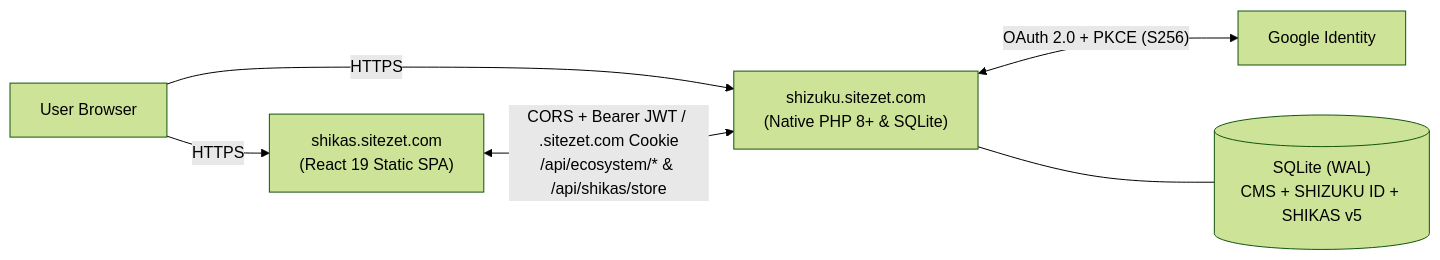
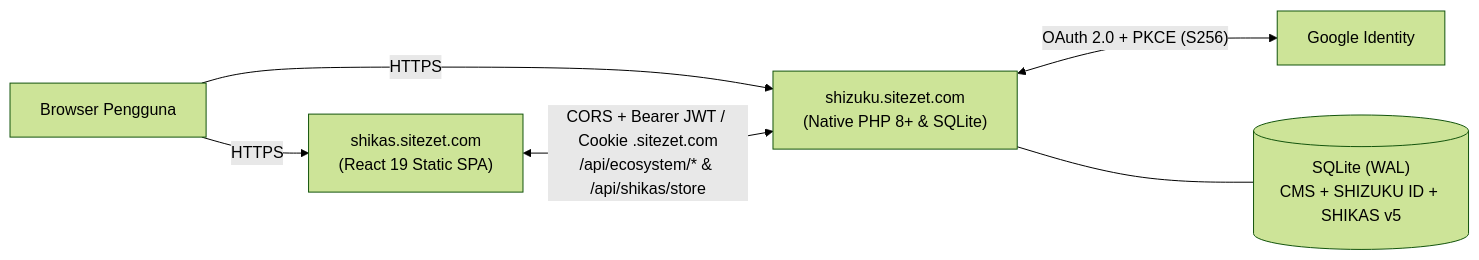
One commit to farhansatrian/shizuku-php changed the diagram in README.md. Above: the diagram before and after it, drawn with Mermaid (forest theme). The commit also changed other lines of this file, not shown here.

Commit message:
docs: rewrite README in comprehensive kostkas style with shizuku.sitezet.com & shikas.sitezet.com details

````diff
--- a/README.md
+++ b/README.md
@@ -31,8 +69,8 @@
 ```mermaid
 flowchart LR
-    U["User Browser"] -->|HTTPS| HUB["shizuku.sitezet.com<br/>(Native PHP 8+ & SQLite)"]
+    U["Browser Pengguna"] -->|HTTPS| HUB["shizuku.sitezet.com<br/>(Native PHP 8+ & SQLite)"]
     U -->|HTTPS| APP["shikas.sitezet.com<br/>(React 19 Static SPA)"]
-    APP <-->|"CORS + Bearer JWT / .sitezet.com Cookie<br/>/api/ecosystem/* & /api/shikas/store"| HUB
+    APP <-->|"CORS + Bearer JWT / Cookie .sitezet.com<br/>/api/ecosystem/* & /api/shikas/store"| HUB
     HUB <-->|"OAuth 2.0 + PKCE (S256)"| G["Google Identity"]
     HUB --- DB[("SQLite (WAL)<br/>CMS + SHIZUKU ID + SHIKAS v5")]
 ```
````
